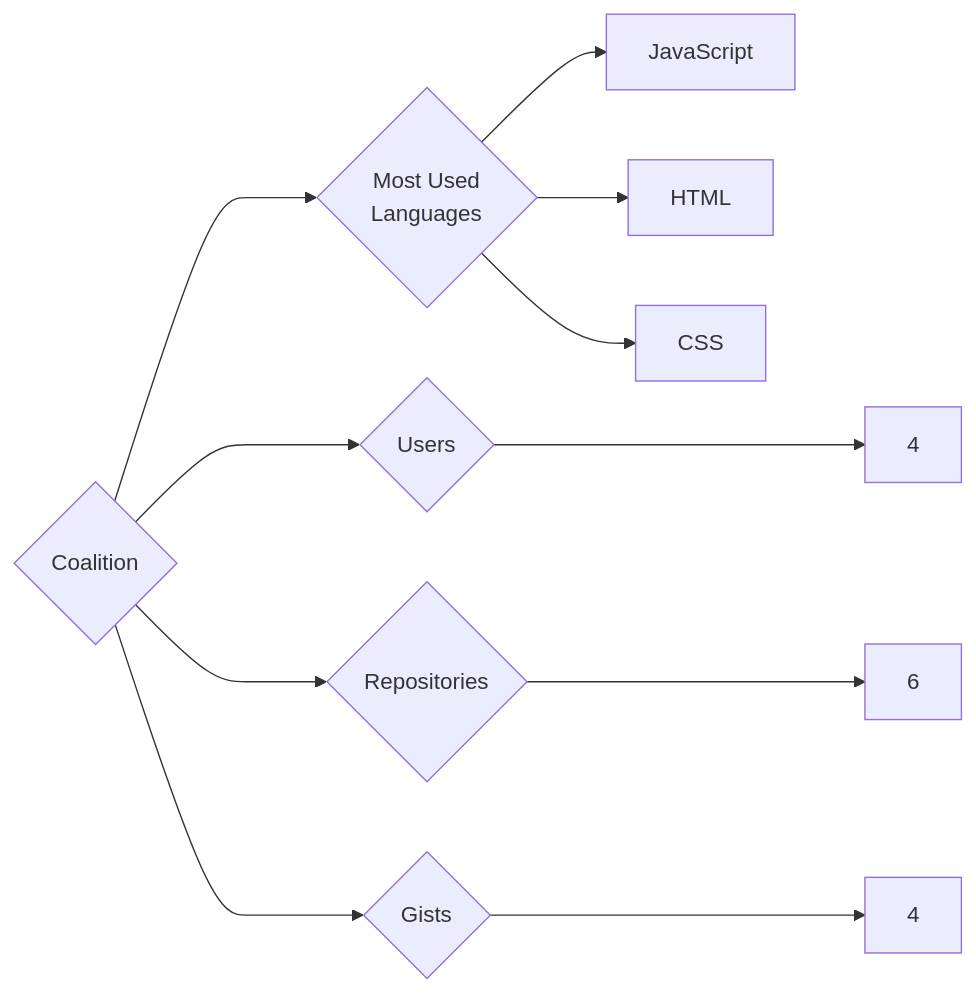
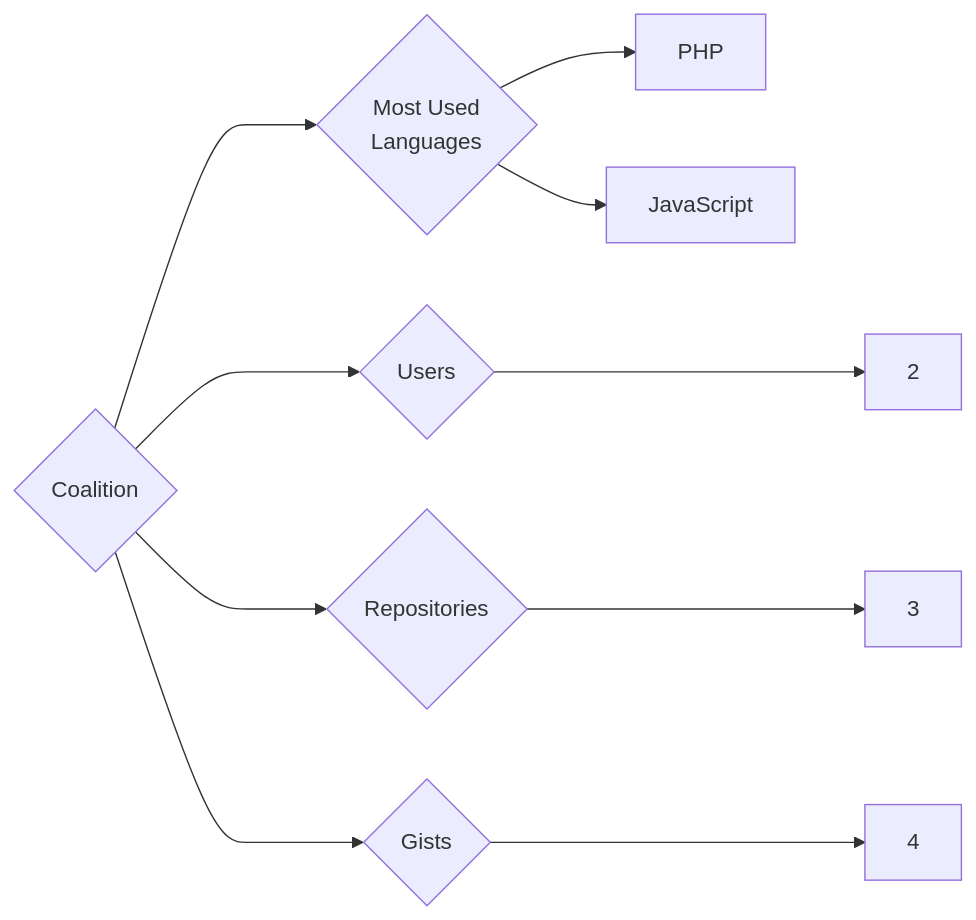
The diagram in targets/Coalition/README.md (trickest/insiders), drawn with Mermaid before and after one commit. The commit also changed 880 other files, not shown here.

````diff
--- a/targets/Coalition/README.md
+++ b/targets/Coalition/README.md
@@ -3,11 +3,10 @@
 ```mermaid
 graph LR
 COMPANY_NAME{Coalition}
-COMPANY_NAME ---> U{Users} ---> UN[4]
-COMPANY_NAME ---> R{Repositories} ---> RN[6]
+COMPANY_NAME ---> U{Users} ---> UN[2]
+COMPANY_NAME ---> R{Repositories} ---> RN[3]
 COMPANY_NAME ---> G{Gists} ---> GN[4]
 COMPANY_NAME ---> ML{Most Used<br>Languages}
+ML --> PHP[PHP]
 ML --> JavaScript[JavaScript]
-ML --> HTML[HTML]
-ML --> CSS[CSS]
 ```
````
